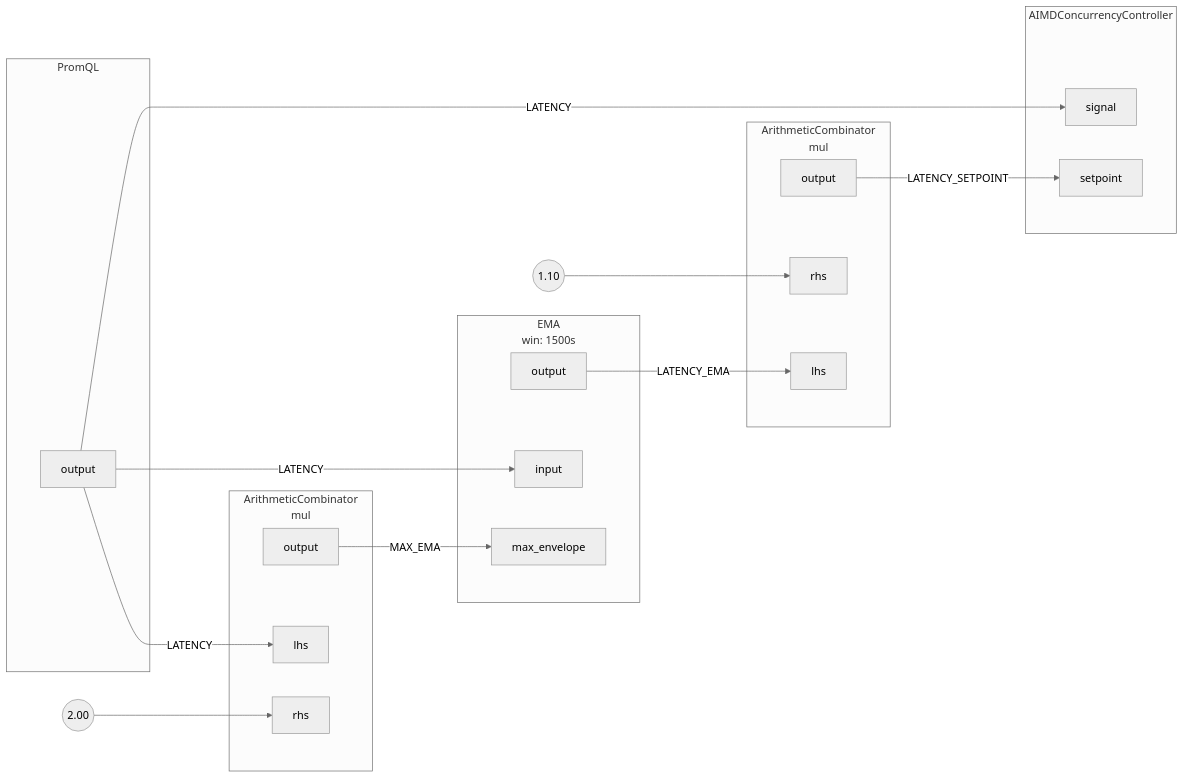
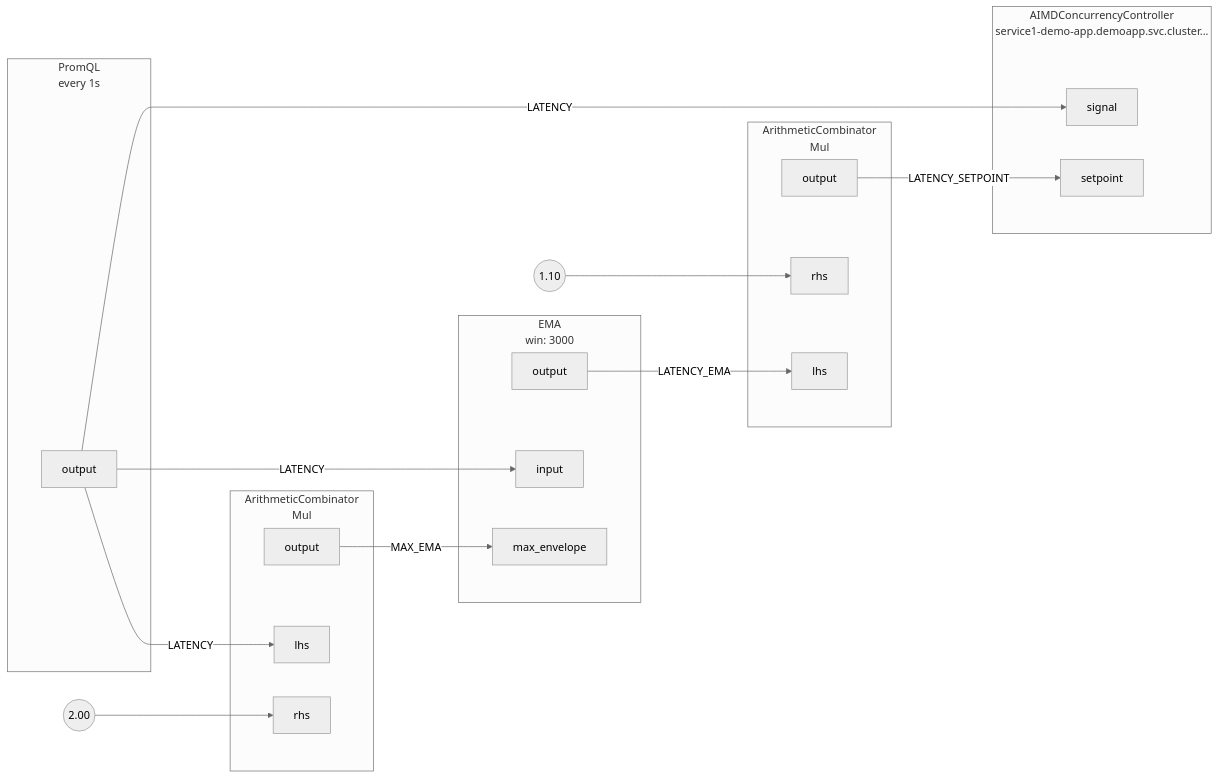
One commit to fluxninja/aperture changed the diagram in docs/content/tutorials/integrations/flow-control/concurrency-limiting/assets/basic-concurrency-limiting/basic-concurrency-limiting.mmd. Above: the diagram before and after it, drawn with Mermaid (neutral theme). The commit also changed 60 other files, not shown here.

Commit message:
mermaid: add short description

```diff
--- a/docs/content/tutorials/integrations/flow-control/concurrency-limiting/assets/basic-concurrency-limiting/basic-concurrency-limiting.mmd
+++ b/docs/content/tutorials/integrations/flow-control/concurrency-limiting/assets/basic-concurrency-limiting/basic-concurrency-limiting.mmd
@@ -1,60 +1,60 @@
 flowchart LR
-subgraph root.0[PromQL]
+subgraph root.0[<center>PromQL<br/>every 1s</center>]
 subgraph root.0_outports[ ]
 style root.0_outports fill:none,stroke:none
 root.0output[output]
 end
 end
 FakeConstant0((2.00))
 FakeConstant0 --> root.1rhs
-subgraph root.1[<center>ArithmeticCombinator<br/>mul</center>]
+subgraph root.1[<center>ArithmeticCombinator<br/>Mul</center>]
 subgraph root.1_inports[ ]
 style root.1_inports fill:none,stroke:none
 root.1lhs[lhs]
 root.1rhs[rhs]
 end
 subgraph root.1_outports[ ]
 style root.1_outports fill:none,stroke:none
 root.1output[output]
 end
 end
 FakeConstant1((1.10))
 FakeConstant1 --> root.2rhs
-subgraph root.2[<center>ArithmeticCombinator<br/>mul</center>]
+subgraph root.2[<center>ArithmeticCombinator<br/>Mul</center>]
 subgraph root.2_inports[ ]
 style root.2_inports fill:none,stroke:none
+root.2lhs[lhs]
 root.2rhs[rhs]
-root.2lhs[lhs]
 end
 subgraph root.2_outports[ ]
 style root.2_outports fill:none,stroke:none
 root.2output[output]
 end
 end
-subgraph root.3[<center>EMA<br/>win: 1500s</center>]
+subgraph root.3[<center>EMA<br/>win: 3000</center>]
 subgraph root.3_inports[ ]
 style root.3_inports fill:none,stroke:none
 root.3input[input]
 root.3max_envelope[max_envelope]
 end
 subgraph root.3_outports[ ]
 style root.3_outports fill:none,stroke:none
 root.3output[output]
 end
 end
-subgraph root.4[AIMDConcurrencyController]
+subgraph root.4[<center>AIMDConcurrencyController<br/>service1-demo-app.demoapp.svc.cluster...</center>]
 subgraph root.4_inports[ ]
 style root.4_inports fill:none,stroke:none
 root.4signal[signal]
 root.4setpoint[setpoint]
 end
 subgraph root.4_outports[ ]
 style root.4_outports fill:none,stroke:none
 end
 end
 root.0output --> |LATENCY| root.1lhs
 root.0output --> |LATENCY| root.3input
 root.0output --> |LATENCY| root.4signal
 root.1output --> |MAX_EMA| root.3max_envelope
 root.2output --> |LATENCY_SETPOINT| root.4setpoint
 root.3output --> |LATENCY_EMA| root.2lhs
```
